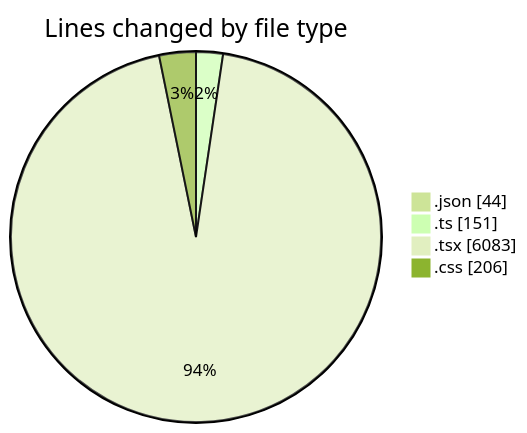
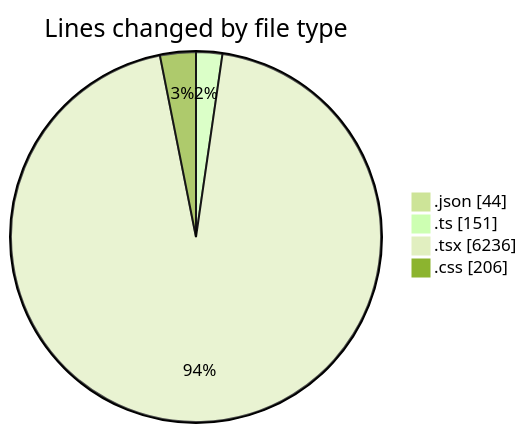
The first of 2 diagrams in 2025-10-24/eventscop-frontend-guide__workspace_/README.md (julien-gomy/code-tracking), drawn with Mermaid (forest theme) before and after one commit. The commit also changed other lines of this file and 1 other file, not shown here.

````diff
--- a/2025-10-24/eventscop-frontend-guide__workspace_/README.md
+++ b/2025-10-24/eventscop-frontend-guide__workspace_/README.md
@@ -42,8 +45,8 @@
 ```mermaid
 pie showData
 title Lines changed by file type
 ".json" : 44
 ".ts" : 151
-".tsx" : 6083
+".tsx" : 6236
 ".css" : 206
 ```
````
